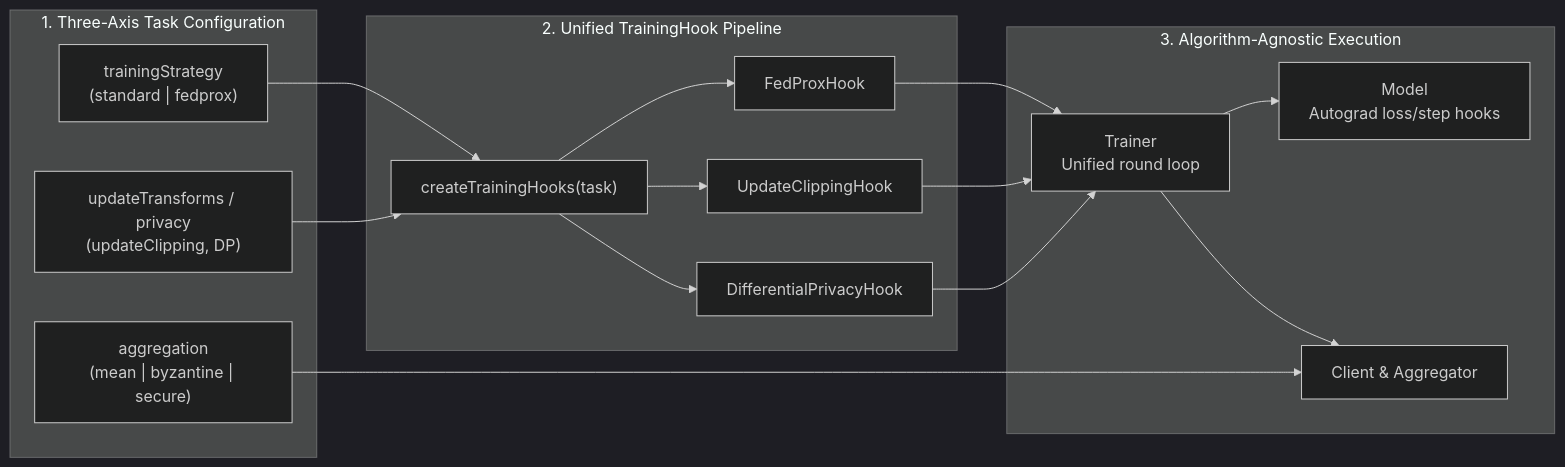
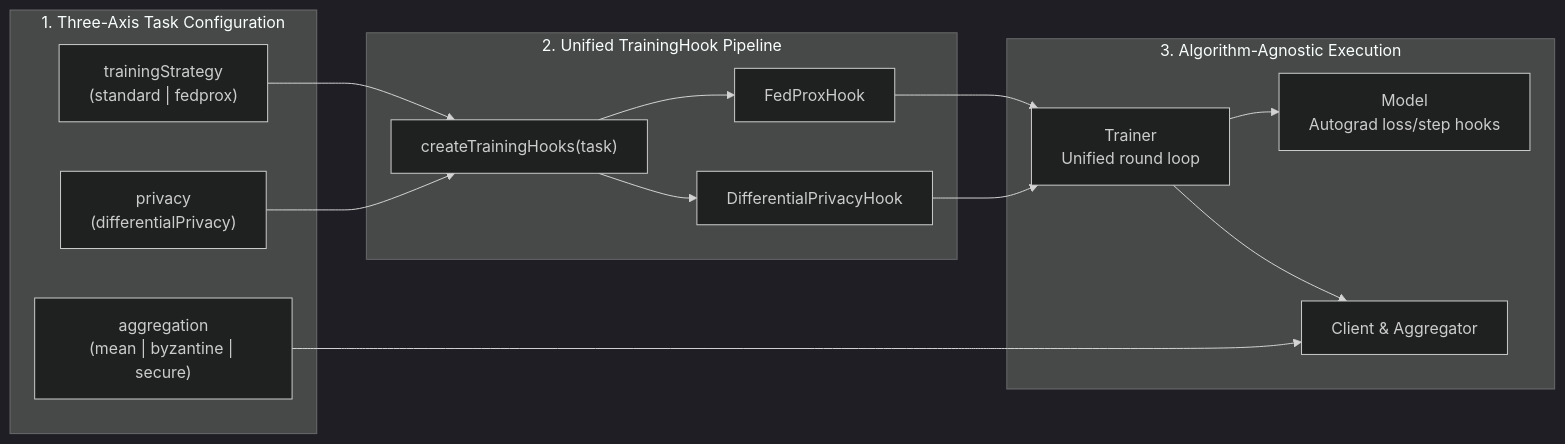
Before and after one commit to epfml/disco: the second of 3 diagrams in docs/TRAINING_ARCHITECTURE.md, drawn with Mermaid (dark theme). The commit also changed other lines of this file, not shown here.

Commit message:
docs: keep Axis 3 as privacy only and note future updateTransforms/mods extension

````diff
--- a/docs/TRAINING_ARCHITECTURE.md
+++ b/docs/TRAINING_ARCHITECTURE.md
@@ -63,33 +63,30 @@
 ```mermaid
 flowchart LR
     subgraph Config["1. Three-Axis Task Configuration"]
         TS["trainingStrategy<br/>(standard | fedprox)"]
-        UT["updateTransforms / privacy<br/>(updateClipping, DP)"]
+        UT["privacy<br/>(differentialPrivacy)"]
         AG["aggregation<br/>(mean | byzantine | secure)"]
     end
 
     subgraph HookPipeline["2. Unified TrainingHook Pipeline"]
         HF["createTrainingHooks(task)"]
         H1["FedProxHook"]
-        H2["UpdateClippingHook"]
-        H3["DifferentialPrivacyHook"]
+        H2["DifferentialPrivacyHook"]
         HF --> H1
         HF --> H2
-        HF --> H3
     end
 
     subgraph Execution["3. Algorithm-Agnostic Execution"]
         TR["Trainer<br/>Unified round loop"]
         MDL["Model<br/>Autograd loss/step hooks"]
         CL["Client & Aggregator"]
         TR --> MDL
         TR --> CL
     end
 
     TS --> HF
     UT --> HF
     AG --> CL
     H1 --> TR
     H2 --> TR
-    H3 --> TR
 ```
````
